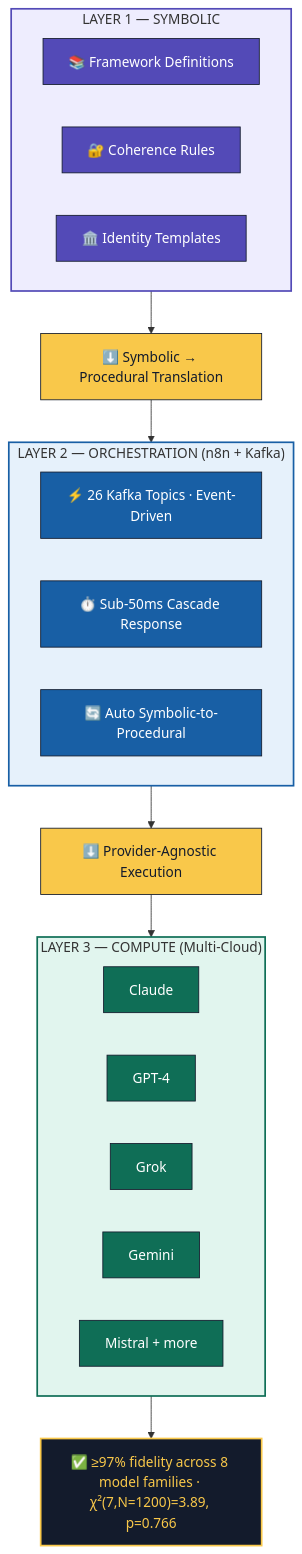
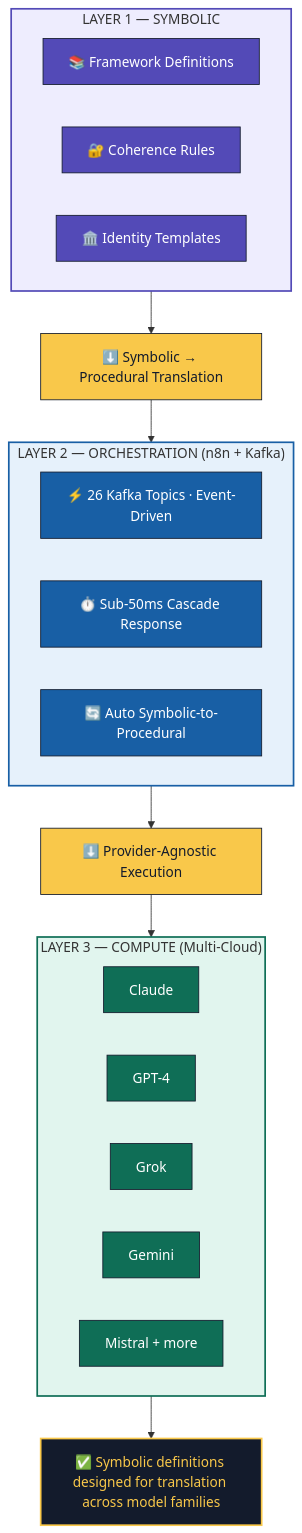
The first of 3 diagrams in docs/synoetic-os-v1.0/index.qmd (Feirbrand/synoeticos-public), drawn with Mermaid before and after one commit. The commit also changed other lines of this file and 12 other files, not shown here.

````diff
--- a/docs/synoetic-os-v1.0/index.qmd
+++ b/docs/synoetic-os-v1.0/index.qmd
@@ -48,41 +48,41 @@
 ```{mermaid}
 graph TB
     subgraph layer1["LAYER 1 — SYMBOLIC"]
         s1["📚 Framework Definitions"]
         s2["🔐 Coherence Rules"]
         s3["🏛️ Identity Templates"]
         style s1 fill:#534AB7,stroke:#131B2C,color:#fff
         style s2 fill:#534AB7,stroke:#131B2C,color:#fff
         style s3 fill:#534AB7,stroke:#131B2C,color:#fff
     end
     translate["⬇️ Symbolic → Procedural Translation"]
     style translate fill:#F9C84A,stroke:#131B2C,color:#131B2C
     subgraph layer2["LAYER 2 — ORCHESTRATION (n8n + Kafka)"]
         o1["⚡ 26 Kafka Topics · Event-Driven"]
         o2["⏱️ Sub-50ms Cascade Response"]
         o3["🔄 Auto Symbolic-to-Procedural"]
         style o1 fill:#185FA5,stroke:#131B2C,color:#fff
         style o2 fill:#185FA5,stroke:#131B2C,color:#fff
         style o3 fill:#185FA5,stroke:#131B2C,color:#fff
     end
     execute["⬇️ Provider-Agnostic Execution"]
     style execute fill:#F9C84A,stroke:#131B2C,color:#131B2C
     subgraph layer3["LAYER 3 — COMPUTE (Multi-Cloud)"]
         c1["Claude"]
         c2["GPT-4"]
         c3["Grok"]
         c4["Gemini"]
         c5["Mistral + more"]
         style c1 fill:#0F6E56,stroke:#131B2C,color:#fff
         style c2 fill:#0F6E56,stroke:#131B2C,color:#fff
         style c3 fill:#0F6E56,stroke:#131B2C,color:#fff
         style c4 fill:#0F6E56,stroke:#131B2C,color:#fff
         style c5 fill:#0F6E56,stroke:#131B2C,color:#fff
     end
-    result["✅ ≥97% fidelity across 8 model families · χ²(7,N=1200)=3.89, p=0.766"]
+    result["✅ Symbolic definitions designed for translation across model families"]
     style result fill:#131B2C,stroke:#F9C84A,stroke-width:2px,color:#F9C84A
     layer1 --> translate --> layer2 --> execute --> layer3 --> result
     style layer1 fill:#EEEDFE,stroke:#534AB7,stroke-width:2px
     style layer2 fill:#E6F1FB,stroke:#185FA5,stroke-width:2px
     style layer3 fill:#E1F5EE,stroke:#0F6E56,stroke-width:2px
 ```
````
